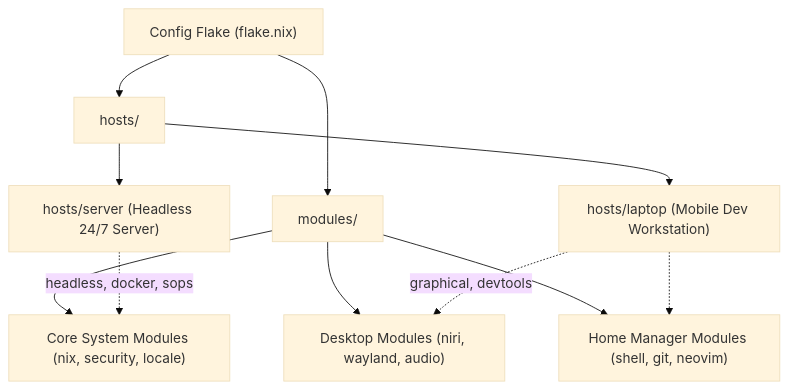
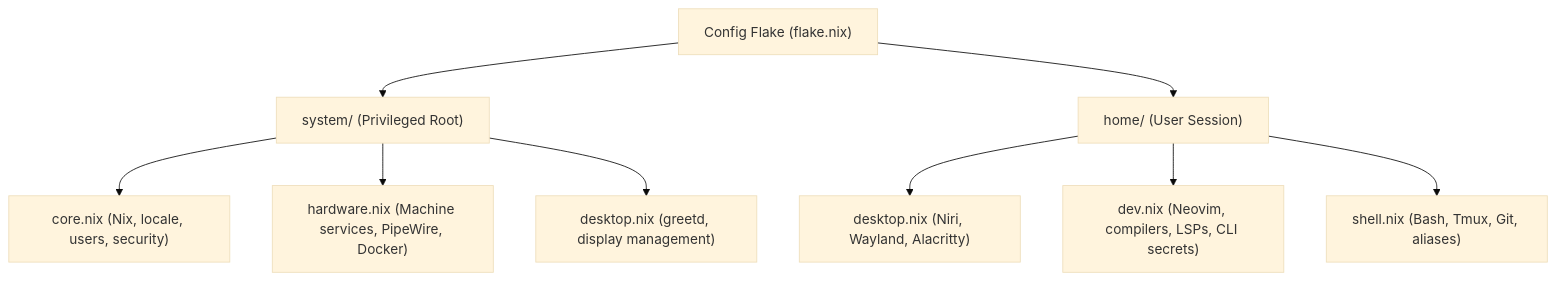
One commit to kiskaadee/second-brain changed the diagram in projects/nixos/README.md. Above: the diagram before and after it, drawn with Mermaid (base theme). The commit also changed other lines of this file and 3 other files, not shown here.

````diff
--- a/projects/nixos/README.md
+++ b/projects/nixos/README.md
@@ -22,16 +22,13 @@
 ```mermaid
 graph TD
-    Flake["Config Flake (flake.nix)"] --> Hosts["hosts/"]
-    Flake --> Modules["modules/"]
+    Flake["Config Flake (flake.nix)"] --> System["system/ (Privileged Root)"]
+    Flake --> Home["home/ (User Session)"]
 
-    Hosts --> Server["hosts/server (Headless 24/7 Server)"]
-    Hosts --> Laptop["hosts/laptop (Mobile Dev Workstation)"]
+    System --> CoreSys["core.nix (Nix, locale, users, security)"]
+    System --> MachSys["hardware.nix (Machine services, PipeWire, Docker)"]
+    System --> DeskSys["desktop.nix (greetd, display management)"]
 
-    Modules --> CoreMod["Core System Modules (nix, security, locale)"]
-    Modules --> UserMod["Home Manager Modules (shell, git, neovim)"]
-    Modules --> DesktopMod["Desktop Modules (niri, wayland, audio)"]
-
-    Server -.->|"headless, docker, sops"| CoreMod
-    Laptop -.->|"graphical, devtools"| DesktopMod
-    Laptop -.-> UserMod
+    Home --> DeskHome["desktop.nix (Niri, Wayland, Alacritty)"]
+    Home --> DevHome["dev.nix (Neovim, compilers, LSPs, CLI secrets)"]
+    Home --> ShellHome["shell.nix (Bash, Tmux, Git, aliases)"]
 ```
````
